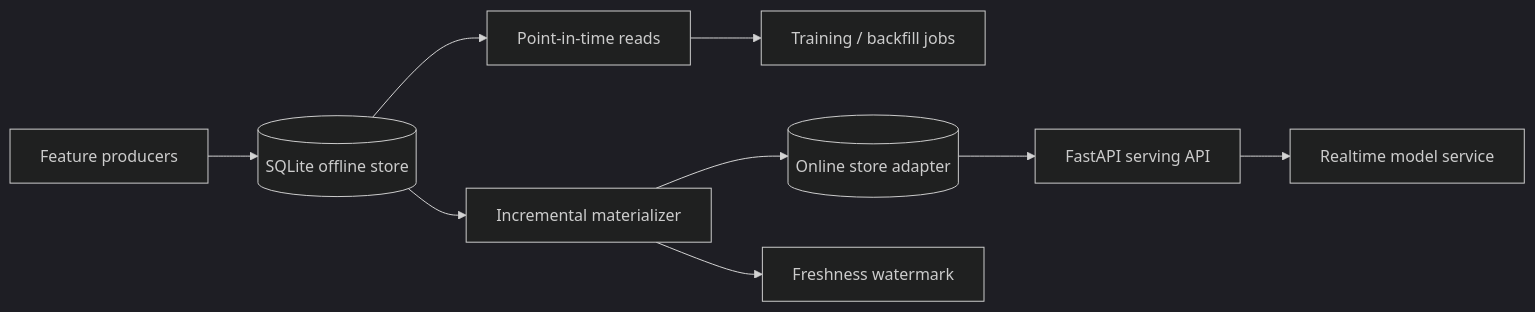
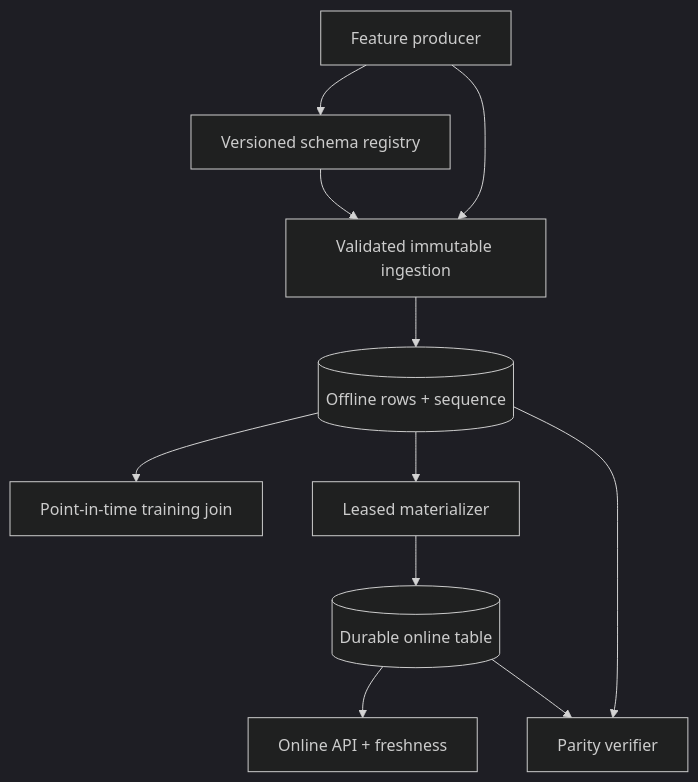
The diagram in README.md (cagataykavas/feature-store-lab), drawn with Mermaid (dark theme) before and after one commit. The commit also changed other lines of this file and 19 other files, not shown here.

````diff
--- a/README.md
+++ b/README.md
@@ -9,11 +33,13 @@
 ```mermaid
-flowchart LR
-    EVENTS[Feature producers] --> OFF[(SQLite offline store)]
-    OFF --> PIT[Point-in-time reads]
-    OFF --> MAT[Incremental materializer]
-    MAT --> ONLINE[(Online store adapter)]
-    ONLINE --> API[FastAPI serving API]
-    PIT --> TRAIN[Training / backfill jobs]
-    API --> MODEL[Realtime model service]
-    MAT --> FRESH[Freshness watermark]
+flowchart TD
+    Producer[Feature producer] --> Registry[Versioned schema registry]
+    Producer --> Ingest[Validated immutable ingestion]
+    Registry --> Ingest
+    Ingest --> Offline[(Offline rows + sequence)]
+    Offline --> Join[Point-in-time training join]
+    Offline --> Worker[Leased materializer]
+    Worker --> Online[(Durable online table)]
+    Online --> Serving[Online API + freshness]
+    Offline --> Parity[Parity verifier]
+    Online --> Parity
 ```
````
